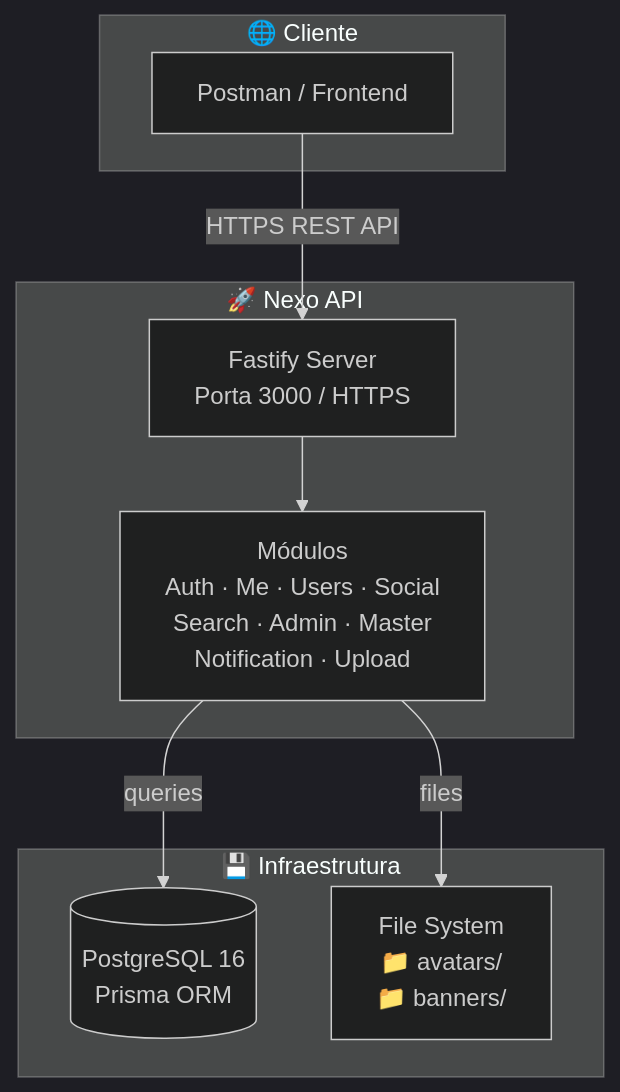
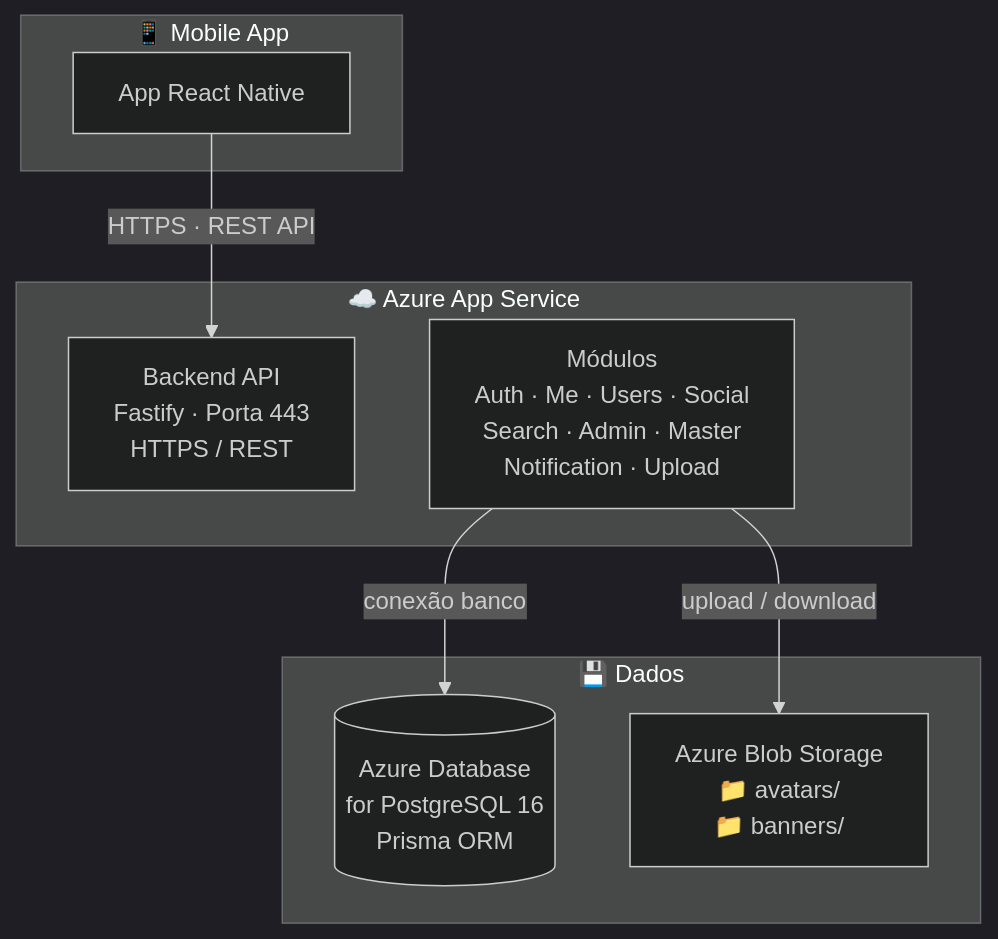
Before and after one commit to APP-Nexo/Nexo: the diagram in backend/README.md, drawn with Mermaid (dark theme).

Commit message:
(updated) readme

````diff
--- a/backend/README.md
+++ b/backend/README.md
@@ -36,21 +36,20 @@
 ```mermaid
 graph TB
-    subgraph "🌐 Cliente"
-        C["Postman / Frontend"]
+    subgraph "📱 Mobile App"
+        APP["App React Native"]
     end
 
-    subgraph "🚀 Nexo API"
-        API["Fastify Server<br>Porta 3000 / HTTPS"]
+    subgraph "☁️ Azure App Service"
+        API["Backend API<br>Fastify · Porta 443<br>HTTPS / REST"]
         MOD["Módulos<br>Auth · Me · Users · Social<br>Search · Admin · Master<br>Notification · Upload"]
     end
 
-    subgraph "💾 Infraestrutura"
-        DB[("PostgreSQL 16<br>Prisma ORM")]
-        FS["File System<br>📁 avatars/<br>📁 banners/"]
+    subgraph "💾 Dados"
+        DB[("Azure Database<br>for PostgreSQL 16<br>Prisma ORM")]
+        ST["Azure Blob Storage<br>📁 avatars/<br>📁 banners/"]
     end
 
-    C -->|"HTTPS REST API"| API
-    API --> MOD
-    MOD -->|"queries"| DB
-    MOD -->|"files"| FS
+    APP -->|"HTTPS · REST API"| API
+    MOD -->|"conexão banco"| DB
+    MOD -->|"upload / download"| ST
 ```
````
